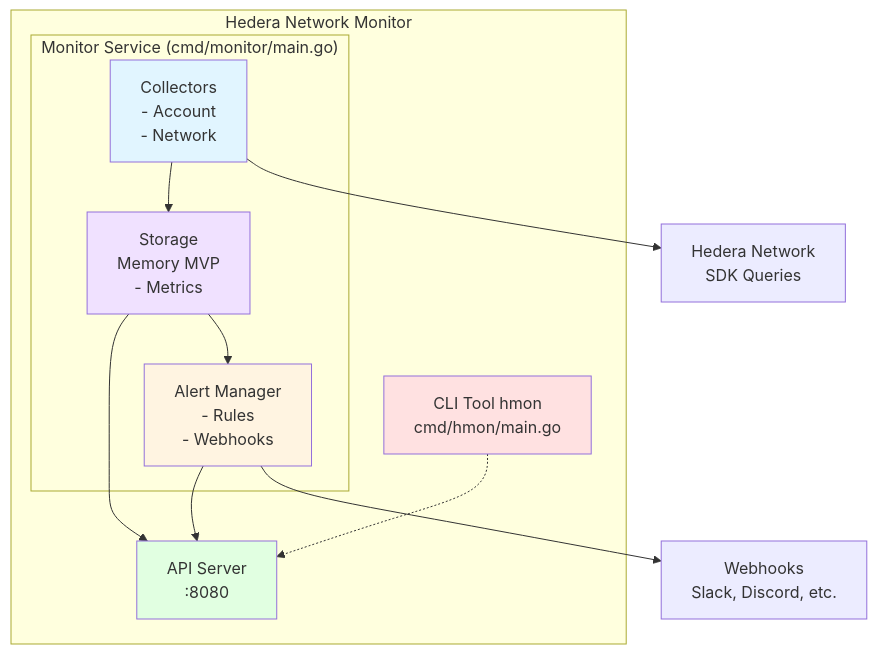
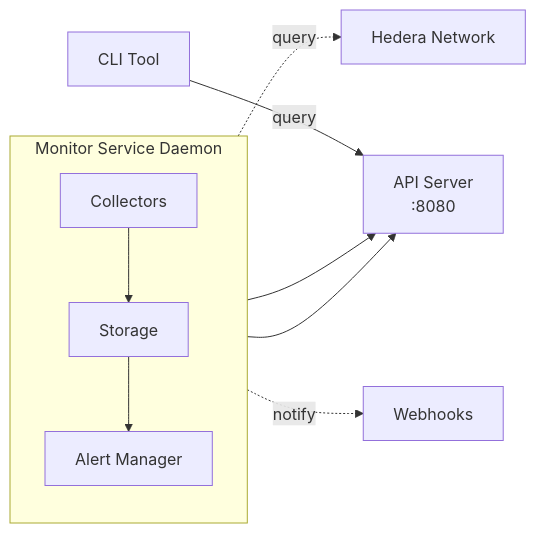
One commit to kaldun-tech/hedera-network-monitor changed the diagram in README.md. Above: the diagram before and after it, drawn with Mermaid.

Commit message:
Corrected mermaid rendering in dark mode

````diff
--- a/README.md
+++ b/README.md
@@ -49,32 +49,24 @@
 ```mermaid
-graph TB
-    subgraph "Hedera Network Monitor"
-        subgraph "Monitor Service (cmd/monitor/main.go)"
-            Collectors[Collectors<br/>- Account<br/>- Network]
-            AlertMgr[Alert Manager<br/>- Rules<br/>- Webhooks]
-            Storage[Storage<br/>Memory MVP<br/>- Metrics]
+graph LR
+    subgraph Monitor["Monitor Service Daemon"]
+        direction TB
+        C[Collectors]
+        S[Storage]
+        A[Alert Manager]
 
-            Collectors --> Storage
-            Storage --> AlertMgr
-        end
-
-        API[API Server<br/>:8080]
-        Storage --> API
-        AlertMgr --> API
-
-        CLI[CLI Tool hmon<br/>cmd/hmon/main.go]
-        CLI -.-> API
+        C --> S
+        S --> A
     end
 
-    Hedera[Hedera Network<br/>SDK Queries]
-    Webhooks[Webhooks<br/>Slack, Discord, etc.]
+    API[API Server<br/>:8080]
+    CLI[CLI Tool]
 
-    Collectors --> Hedera
-    AlertMgr --> Webhooks
+    Hedera[Hedera Network]
+    Webhooks[Webhooks]
 
-    style Collectors fill:#e1f5ff
-    style AlertMgr fill:#fff4e1
-    style Storage fill:#f0e1ff
-    style API fill:#e1ffe1
-    style CLI fill:#ffe1e1
+    C -.->|query| Hedera
+    S --> API
+    A --> API
+    A -.->|notify| Webhooks
+    CLI -->|query| API
 ```
````
